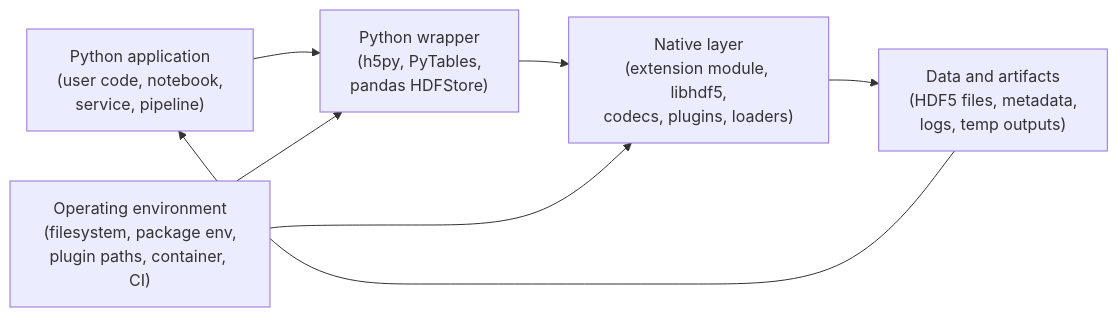
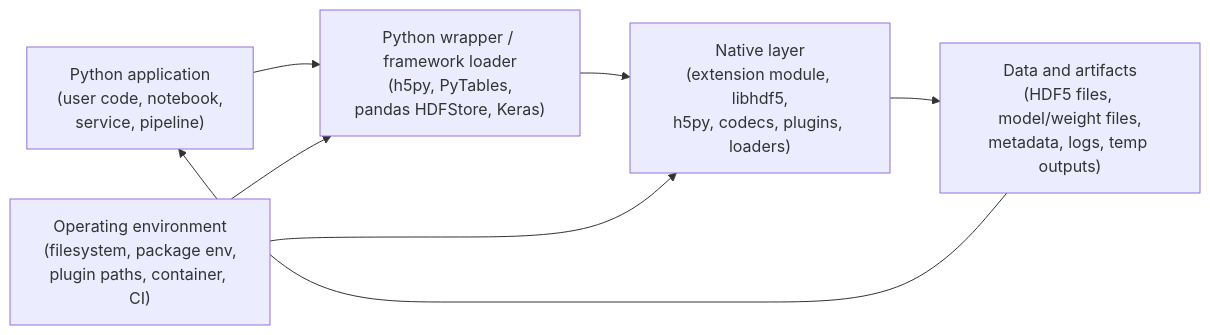
The diagram in models/Python.md (gheber/hdf5-ssp-sig), drawn with Mermaid before and after one commit. The commit also changed other lines of this file and 2 other files, not shown here.

Commit message:
Updates based on recent model-loading work.

````diff
--- a/models/Python.md
+++ b/models/Python.md
@@ -56,15 +63,15 @@
 ```mermaid
 flowchart LR
   A["Python application<br/>(user code, notebook,<br/>service, pipeline)"]
-  W["Python wrapper<br/>(h5py, PyTables,<br/>pandas HDFStore)"]
-  N["Native layer<br/>(extension module, libhdf5,<br/>codecs, plugins, loaders)"]
-  D["Data and artifacts<br/>(HDF5 files, metadata,<br/>logs, temp outputs)"]
+  W["Python wrapper / framework loader<br/>(h5py, PyTables,<br/>pandas HDFStore, Keras)"]
+  N["Native layer<br/>(extension module, libhdf5,<br/>h5py, codecs, plugins, loaders)"]
+  D["Data and artifacts<br/>(HDF5 files, model/weight files,<br/>metadata, logs, temp outputs)"]
   O["Operating environment<br/>(filesystem, package env,<br/>plugin paths, container, CI)"]
 
   A --> W
   W --> N
   N --> D
   O --> W
   O --> N
   D --> A
 ```
````
